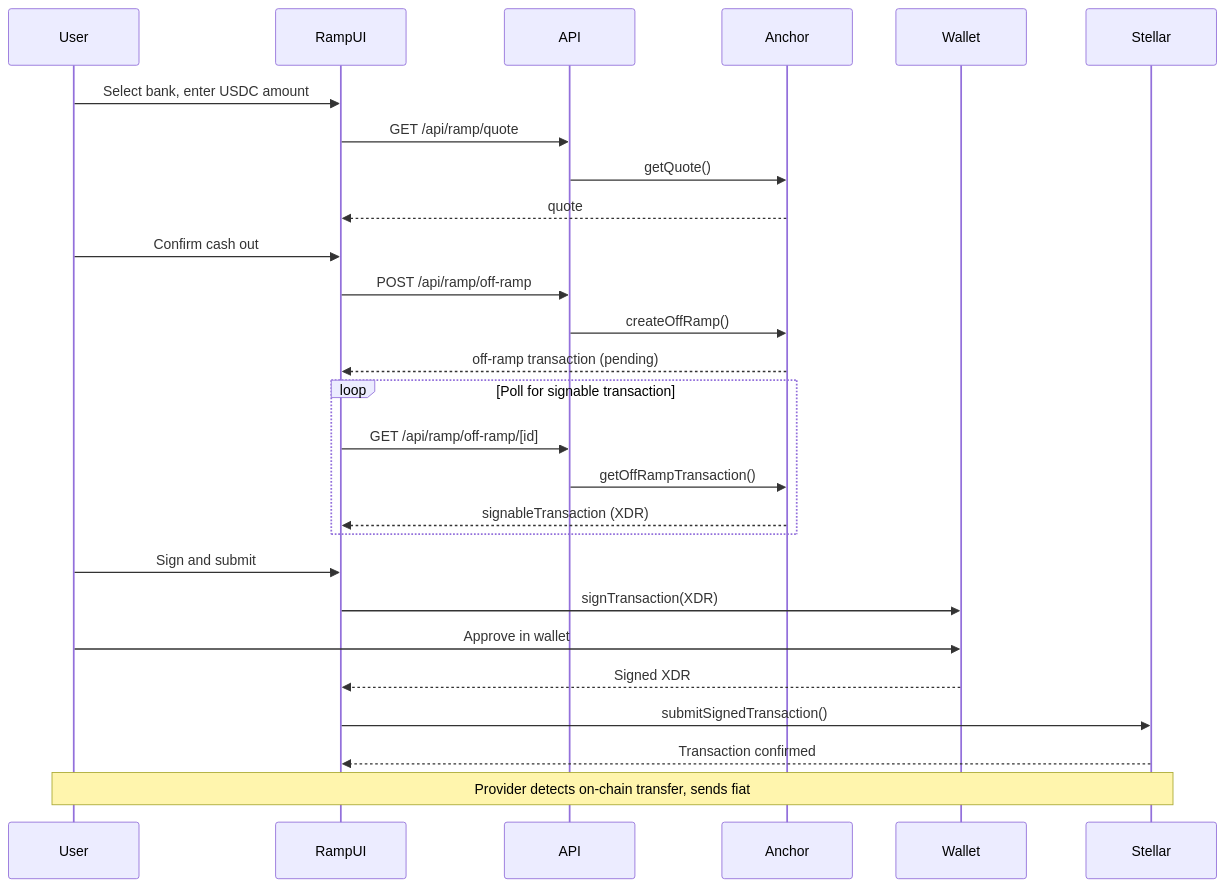
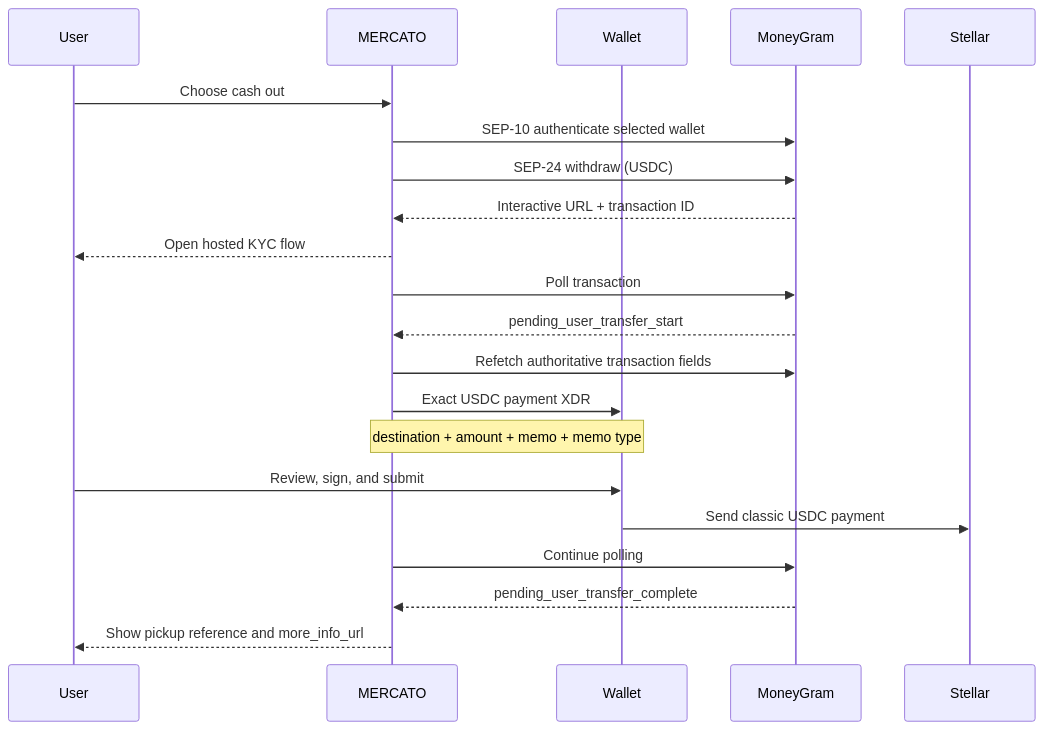
Diagram 11 of 14 in doc/architecture.md (mercato-supply-chain/mercato-dapp), drawn with Mermaid before and after one commit. The commit also changed other lines of this file, not shown here.

Commit message:
Document planned MoneyGram ramps and Privy wallet support

````diff
--- a/doc/architecture.md
+++ b/doc/architecture.md
@@ -685,33 +657,24 @@
 ```mermaid
 sequenceDiagram
   participant User
-  participant RampUI
-  participant API
-  participant Anchor
+  participant App as MERCATO
   participant Wallet
+  participant MG as MoneyGram
   participant Stellar
 
-  User->>RampUI: Select bank, enter USDC amount
-  RampUI->>API: GET /api/ramp/quote
-  API->>Anchor: getQuote()
-  Anchor-->>RampUI: quote
-
-  User->>RampUI: Confirm cash out
-  RampUI->>API: POST /api/ramp/off-ramp
-  API->>Anchor: createOffRamp()
-  Anchor-->>RampUI: off-ramp transaction (pending)
-
-  loop Poll for signable transaction
-    RampUI->>API: GET /api/ramp/off-ramp/[id]
-    API->>Anchor: getOffRampTransaction()
-    Anchor-->>RampUI: signableTransaction (XDR)
-  end
-
-  User->>RampUI: Sign and submit
-  RampUI->>Wallet: signTransaction(XDR)
-  User->>Wallet: Approve in wallet
-  Wallet-->>RampUI: Signed XDR
-  RampUI->>Stellar: submitSignedTransaction()
-  Stellar-->>RampUI: Transaction confirmed
-  Note over User,Stellar: Provider detects on-chain transfer, sends fiat
+  User->>App: Choose cash out
+  App->>MG: SEP-10 authenticate selected wallet
+  App->>MG: SEP-24 withdraw (USDC)
+  MG-->>App: Interactive URL + transaction ID
+  App-->>User: Open hosted KYC flow
+  App->>MG: Poll transaction
+  MG-->>App: pending_user_transfer_start
+  App->>MG: Refetch authoritative transaction fields
+  App->>Wallet: Exact USDC payment XDR
+  Note over App,Wallet: destination + amount + memo + memo type
+  User->>Wallet: Review, sign, and submit
+  Wallet->>Stellar: Send classic USDC payment
+  App->>MG: Continue polling
+  MG-->>App: pending_user_transfer_complete
+  App-->>User: Show pickup reference and more_info_url
 ```
````
